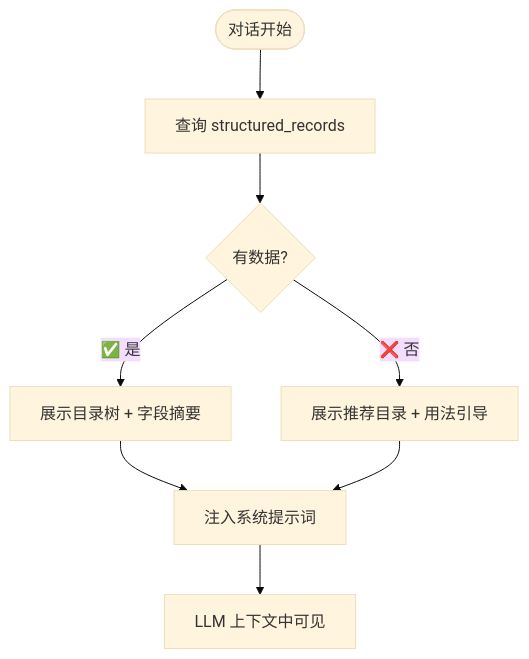
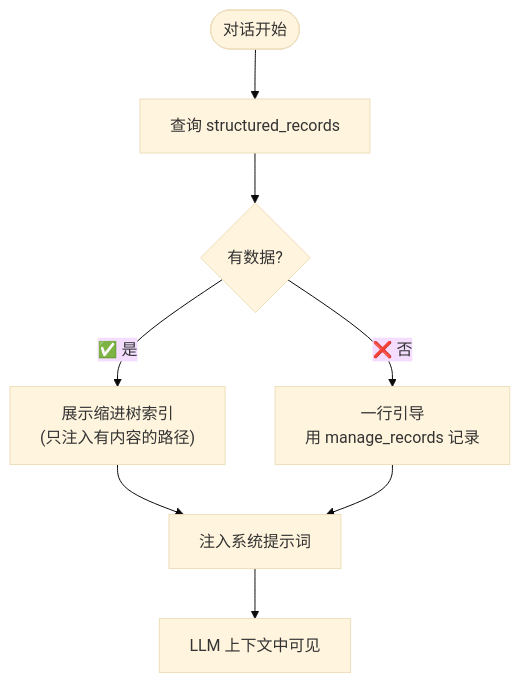
The fourth of 7 diagrams in docs/memory_system/design/memory_system_design.md (Coprexist/AIsChat), drawn with Mermaid (base theme) before and after one commit. The commit also changed other lines of this file and 2 other files, not shown here.

First line of the commit message:
docs: CHANGELOG v0.3.4 补全 + 记忆文档同步（rename/move/记忆地图/软锚定）

````diff
--- a/docs/memory_system/design/memory_system_design.md
+++ b/docs/memory_system/design/memory_system_design.md
@@ -191,10 +191,10 @@
 ```mermaid
 flowchart TD
     Start(["对话开始"]) --> Query["查询 structured_records"]
     Query --> Check{"有数据?"}
-    Check -->|"✅ 是"| ShowTree["展示目录树 + 字段摘要"]
-    Check -->|"❌ 否"| ShowGuide["展示推荐目录 + 用法引导"]
+    Check -->|"✅ 是"| ShowTree["展示缩进树索引<br/>(只注入有内容的路径)"]
+    Check -->|"❌ 否"| ShowGuide["一行引导<br/>用 manage_records 记录"]
     ShowTree --> Inject["注入系统提示词"]
     ShowGuide --> Inject
     Inject --> LLM["LLM 上下文中可见"]
 ```
````
